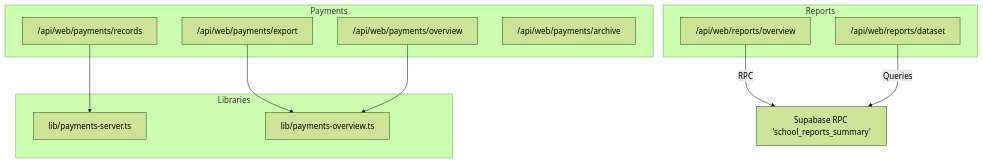
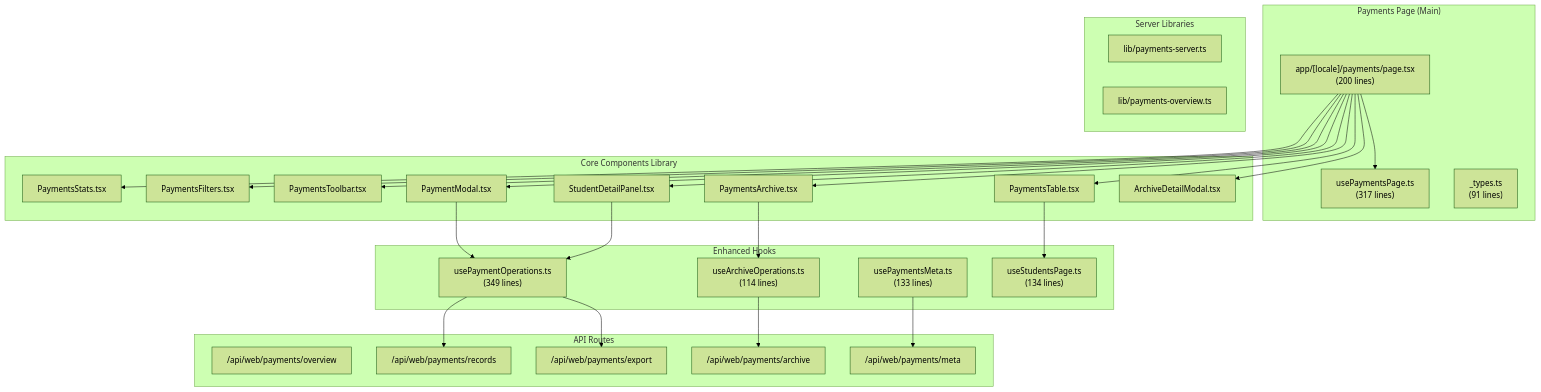
One commit to mustafaalkusaj/appschoolmustafa2002 changed the first of 4 diagrams in .qoder/repowiki/en/content/Financial Operations/Financial Operations.md. Above: the diagram before and after it, drawn with Mermaid (forest theme). The commit also changed other lines of this file and 85 other files, not shown here.

````diff
--- a/.qoder/repowiki/en/content/Financial Operations/Financial Operations.md
+++ b/.qoder/repowiki/en/content/Financial Operations/Financial Operations.md
@@ -36,22 +63,52 @@
 ```mermaid
 graph TB
-subgraph "Payments"
-P_OVERVIEW["/api/web/payments/overview"]
-P_RECORDS["/api/web/payments/records"]
-P_EXPORT["/api/web/payments/export"]
-P_ARCHIVE["/api/web/payments/archive"]
+subgraph "Payments Page (Main)"
+P_MAIN["app/[locale]/payments/page.tsx<br/>(200 lines)"]
+P_HOOKS["usePaymentsPage.ts<br/>(317 lines)"]
+P_TYPES["_types.ts<br/>(91 lines)"]
 end
-subgraph "Reports"
-R_OVERVIEW["/api/web/reports/overview"]
-R_DATASET["/api/web/reports/dataset"]
+subgraph "Core Components Library"
+COMP_STATS["PaymentsStats.tsx"]
+COMP_FILTERS["PaymentsFilters.tsx"]
+COMP_TOOLBAR["PaymentsToolbar.tsx"]
+COMP_TABLE["PaymentsTable.tsx"]
+COMP_MODAL["PaymentModal.tsx"]
+COMP_DETAIL["StudentDetailPanel.tsx"]
+COMP_ARCHIVE["PaymentsArchive.tsx"]
+COMP_ARCH_DETAIL["ArchiveDetailModal.tsx"]
 end
-subgraph "Libraries"
-L_SERVER["lib/payments-server.ts"]
-L_OVERVIEW["lib/payments-overview.ts"]
+subgraph "Enhanced Hooks"
+HOOK_PAYMENTS["usePaymentOperations.ts<br/>(349 lines)"]
+HOOK_ARCHIVE["useArchiveOperations.ts<br/>(114 lines)"]
+HOOK_META["usePaymentsMeta.ts<br/>(133 lines)"]
+HOOK_STUDENTS["useStudentsPage.ts<br/>(134 lines)"]
 end
-P_RECORDS --> L_SERVER
-P_EXPORT --> L_OVERVIEW
-P_OVERVIEW --> L_OVERVIEW
-R_OVERVIEW --> |"RPC"| DB["Supabase RPC 'school_reports_summary'"]
-R_DATASET --> |"Queries"| DB
+subgraph "API Routes"
+API_OVERVIEW["/api/web/payments/overview"]
+API_RECORDS["/api/web/payments/records"]
+API_EXPORT["/api/web/payments/export"]
+API_ARCHIVE["/api/web/payments/archive"]
+API_META["/api/web/payments/meta"]
+end
+subgraph "Server Libraries"
+LIB_SERVER["lib/payments-server.ts"]
+LIB_OVERVIEW["lib/payments-overview.ts"]
+end
+P_MAIN --> P_HOOKS
+P_MAIN --> COMP_STATS
+P_MAIN --> COMP_FILTERS
+P_MAIN --> COMP_TOOLBAR
+P_MAIN --> COMP_TABLE
+P_MAIN --> COMP_MODAL
+P_MAIN --> COMP_DETAIL
+P_MAIN --> COMP_ARCHIVE
+P_MAIN --> COMP_ARCH_DETAIL
+COMP_MODAL --> HOOK_PAYMENTS
+COMP_TABLE --> HOOK_STUDENTS
+COMP_DETAIL --> HOOK_PAYMENTS
+COMP_ARCHIVE --> HOOK_ARCHIVE
+HOOK_PAYMENTS --> API_RECORDS
+HOOK_PAYMENTS --> API_EXPORT
+HOOK_ARCHIVE --> API_ARCHIVE
+HOOK_META --> API_META
 ```
````
